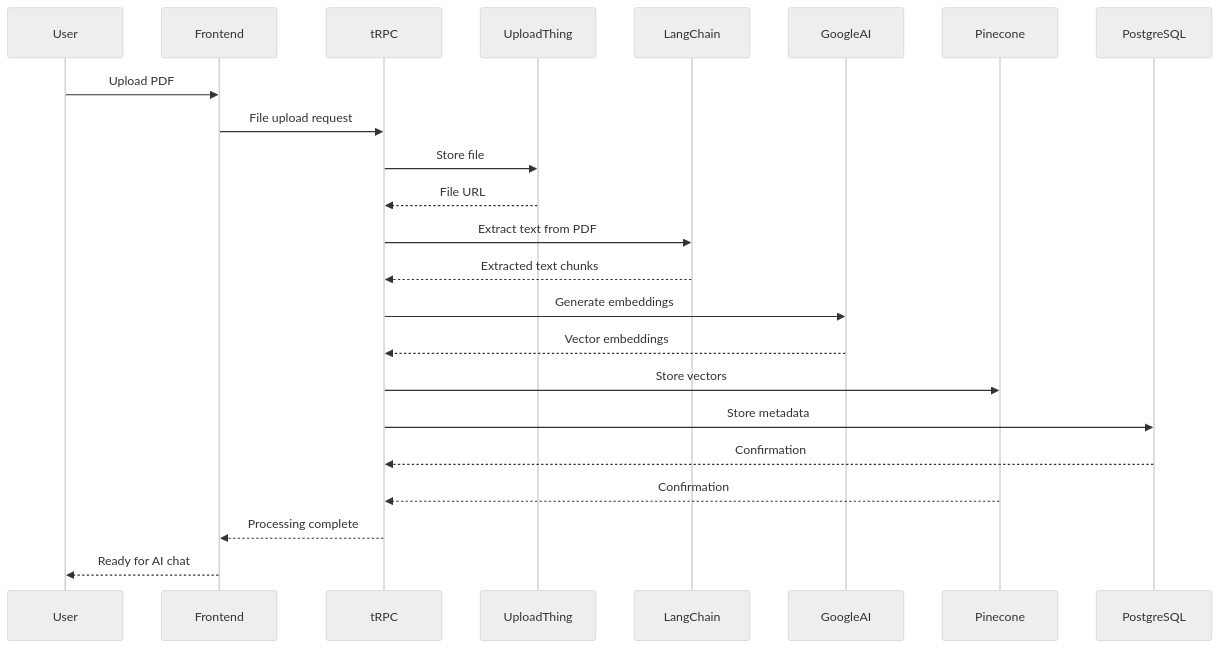
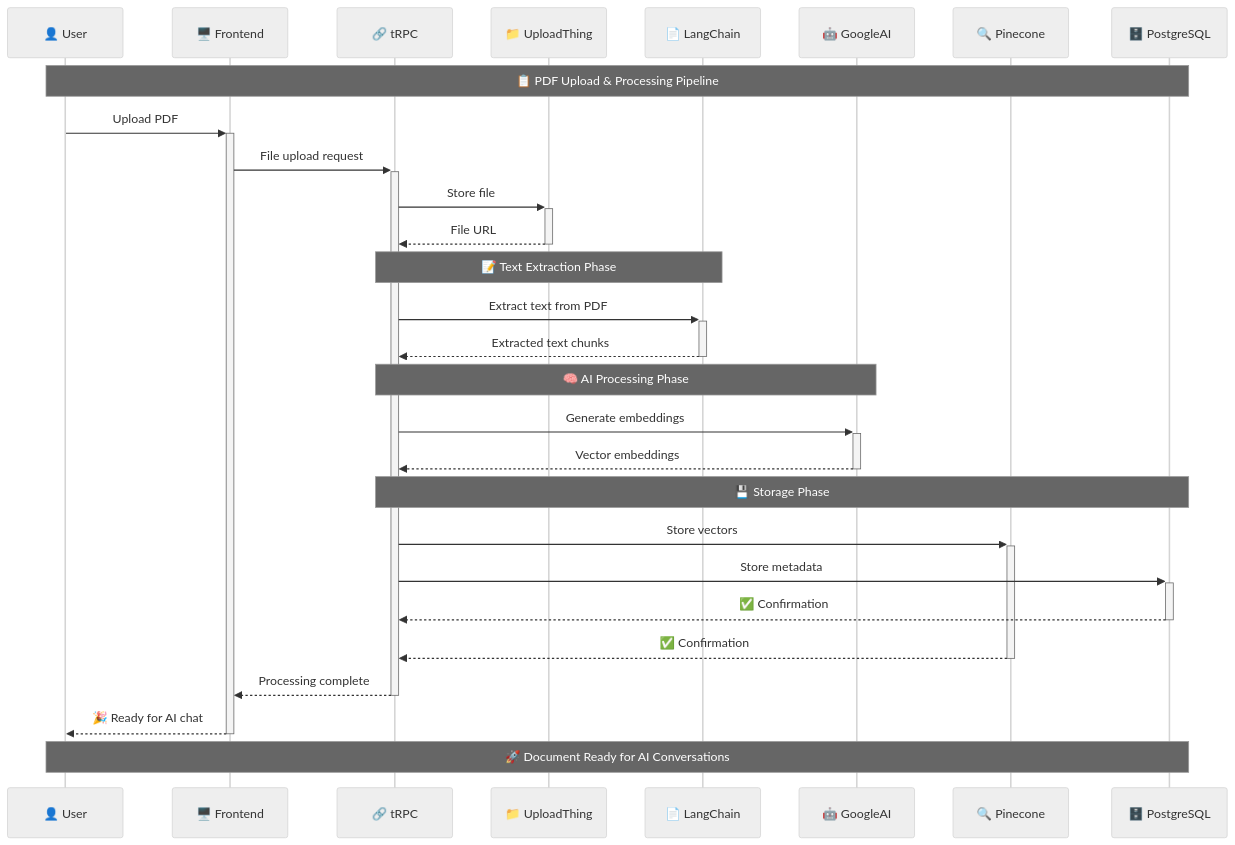
Before and after one commit to pra9711/lexinote: the second of 2 diagrams in README.md, drawn with Mermaid (neutral theme). The commit also changed other lines of this file, not shown here.

````diff
--- a/README.md
+++ b/README.md
@@ -324,30 +324,37 @@
 ```mermaid
 sequenceDiagram
-    participant User
-    participant Frontend
-    participant tRPC
-    participant UploadThing
-    participant LangChain
-    participant GoogleAI
-    participant Pinecone
-    participant PostgreSQL
+    participant U as 👤 User
+    participant F as 🖥️ Frontend
+    participant T as 🔗 tRPC
+    participant UT as 📁 UploadThing
+    participant LC as 📄 LangChain
+    participant GA as 🤖 GoogleAI
+    participant PC as 🔍 Pinecone
+    participant PG as 🗄️ PostgreSQL
 
-    User->>Frontend: Upload PDF
-    Frontend->>tRPC: File upload request
-    tRPC->>UploadThing: Store file
-    UploadThing-->>tRPC: File URL
+    Note over U,PG: 📋 PDF Upload & Processing Pipeline
 
-    tRPC->>LangChain: Extract text from PDF
-    LangChain-->>tRPC: Extracted text chunks
+    U->>+F: Upload PDF
+    F->>+T: File upload request
+    T->>+UT: Store file
+    UT-->>-T: File URL
 
-    tRPC->>GoogleAI: Generate embeddings
-    GoogleAI-->>tRPC: Vector embeddings
+    Note over T,LC: 📝 Text Extraction Phase
+    T->>+LC: Extract text from PDF
+    LC-->>-T: Extracted text chunks
 
-    tRPC->>Pinecone: Store vectors
-    tRPC->>PostgreSQL: Store metadata
+    Note over T,GA: 🧠 AI Processing Phase
+    T->>+GA: Generate embeddings
+    GA-->>-T: Vector embeddings
 
-    PostgreSQL-->>tRPC: Confirmation
-    Pinecone-->>tRPC: Confirmation
-    tRPC-->>Frontend: Processing complete
-    Frontend-->>User: Ready for AI chat
+    Note over T,PG: 💾 Storage Phase
+    T->>+PC: Store vectors
+    T->>+PG: Store metadata
+
+    PG-->>-T: ✅ Confirmation
+    PC-->>-T: ✅ Confirmation
+    T-->>-F: Processing complete
+    F-->>-U: 🎉 Ready for AI chat
+
+    Note over U,PG: 🚀 Document Ready for AI Conversations
 ```
````
